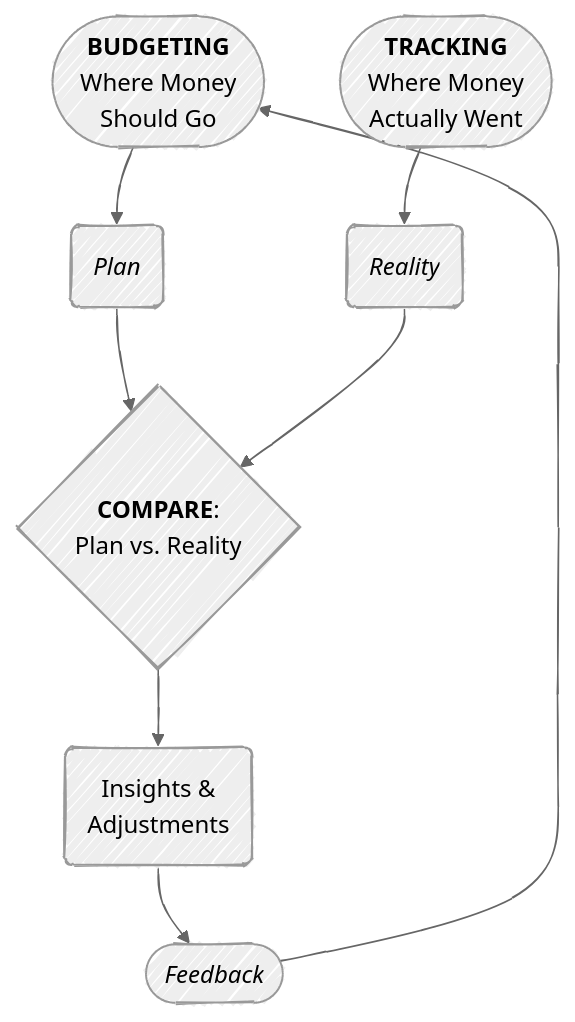
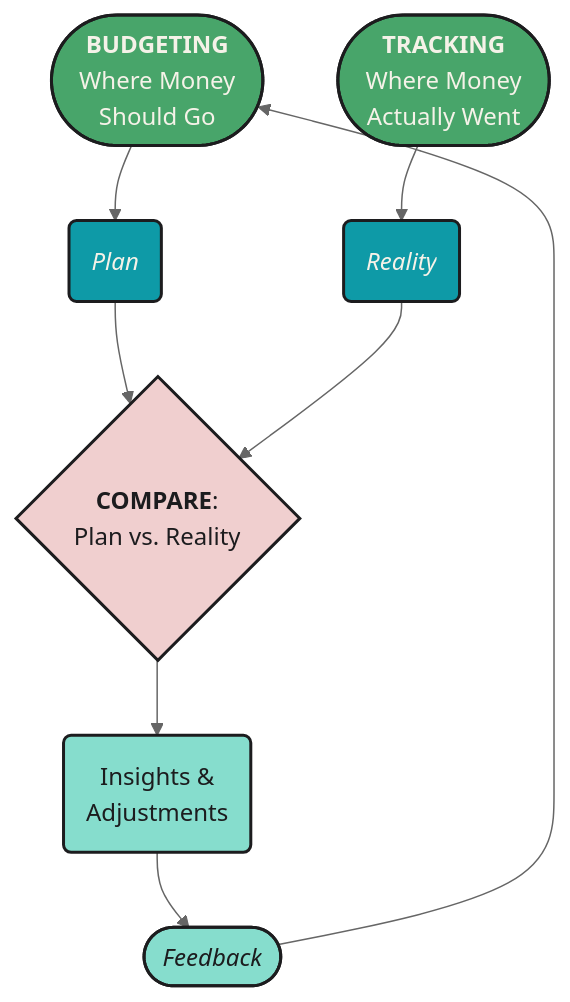
Before and after one commit to mjfrigaard/fm-finance: the first of 2 diagrams in tracking_spending.qmd, drawn with Mermaid. The commit also changed other lines of this file and 5 other files, not shown here.

Commit message:
updates to mermaid

````diff
--- a/tracking_spending.qmd
+++ b/tracking_spending.qmd
@@ -44,16 +44,23 @@
 ```{mermaid}
 %%| fig-cap: 'Budget Mindset'
 %%| fig-align: center
-%%{init: {'theme': 'neutral', 'look': 'handDrawn', 'themeVariables': { 'fontFamily': 'monospace', "fontSize":"16px"}}}%%
+%%{init: {'theme': 'neutral', 'themeVariables': { 'fontFamily': 'monospace', "fontSize":"16px"}}}%%
 
 flowchart TD
     Budgeting(["<strong>BUDGETING</strong><br/>Where Money<br>Should Go"]) --> Plan("<em>Plan</em>")
     Tracking(["<strong>TRACKING</strong><br/>Where Money<br>Actually Went"]) --> Reality("<em>Reality</em>")
-    
+
     Plan --> Compare{"<strong>COMPARE</strong>:<br/>Plan vs. Reality"}
     Reality --> Compare
-    
+
     Compare --> Insights("Insights &<br>Adjustments")
     Insights --> FeedbackLoop(["<em>Feedback</em>"])
     FeedbackLoop --> Budgeting
+    style Budgeting fill:#48a56a,color:#F5F2E8,stroke:#1C1C1E,stroke-width:2px
+    style Tracking fill:#48a56a,color:#F5F2E8,stroke:#1C1C1E,stroke-width:2px
+    style Plan fill:#0e9aa7,color:#F5F2E8,stroke:#1C1C1E,stroke-width:2px
+    style Reality fill:#0e9aa7,color:#F5F2E8,stroke:#1C1C1E,stroke-width:2px
+    style Compare fill:#f0cfcf,color:#1C1C1E,stroke:#1C1C1E,stroke-width:2px
+    style Insights fill:#86ddcd,color:#1C1C1E,stroke:#1C1C1E,stroke-width:2px
+    style FeedbackLoop fill:#86ddcd,color:#1C1C1E,stroke:#1C1C1E,stroke-width:2px
 ```
````
